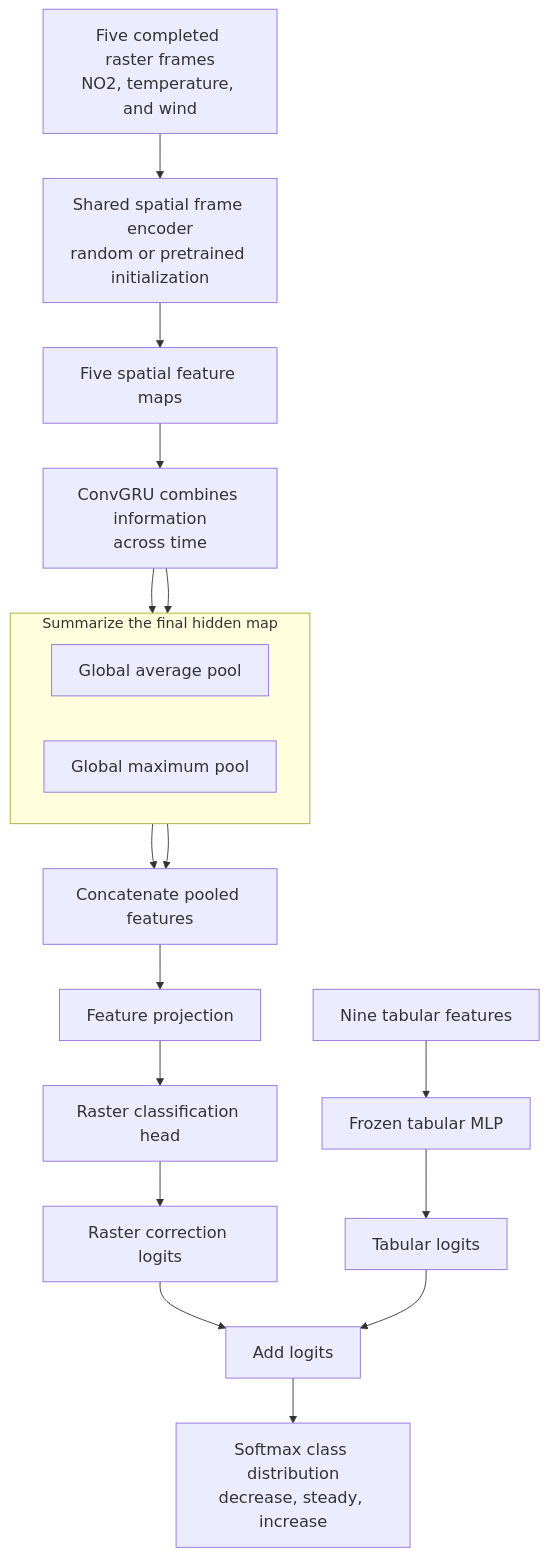
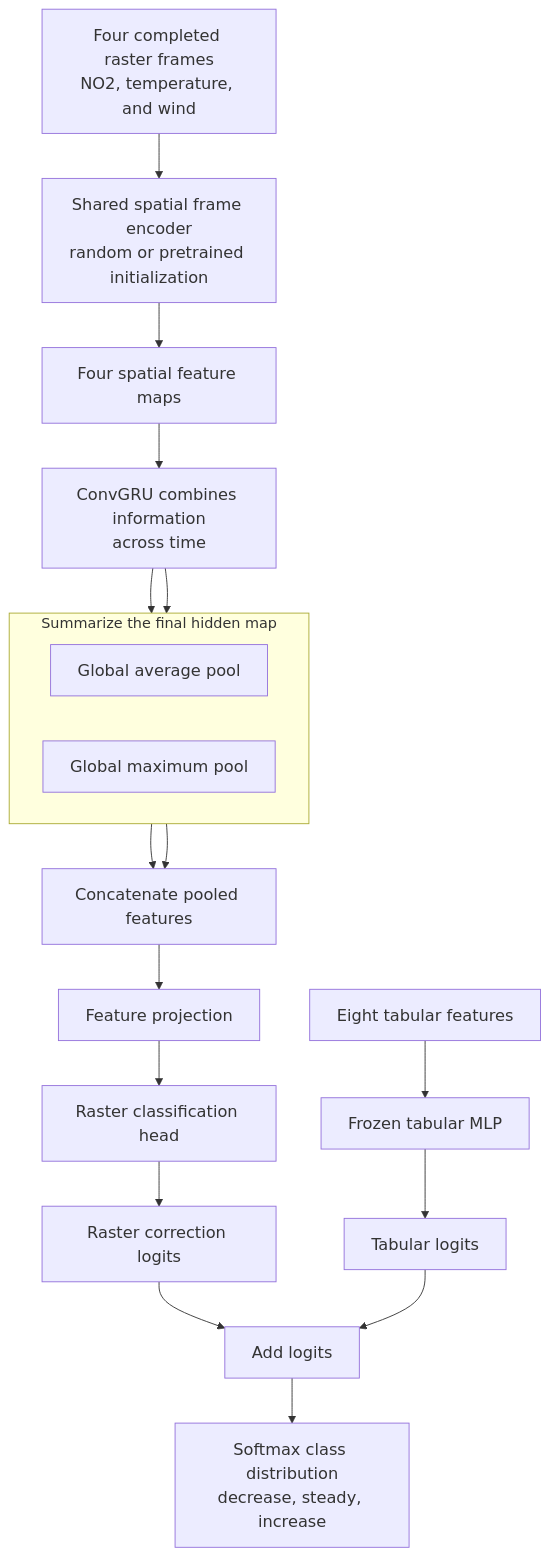
One commit to pranav-walimbe/no2-modeling changed the diagram in docs/delta-modeling/modeling.md. Above: the diagram before and after it, drawn with Mermaid. The commit also changed other lines of this file and 2 other files, not shown here.

````diff
--- a/docs/delta-modeling/modeling.md
+++ b/docs/delta-modeling/modeling.md
@@ -80,29 +79,29 @@
 ```mermaid
 flowchart TB
-    Frames[Five completed raster frames<br/>NO2, temperature, and wind]
+    Frames[Four completed raster frames<br/>NO2, temperature, and wind]
     Frames --> FrameEncoder[Shared spatial frame encoder<br/>random or pretrained initialization]
-    FrameEncoder --> Encoded[Five spatial feature maps]
+    FrameEncoder --> Encoded[Four spatial feature maps]
     Encoded --> GRU[ConvGRU combines information<br/>across time]
 
     subgraph Pooling[Summarize the final hidden map]
         direction LR
         Average[Global average pool]
         Maximum[Global maximum pool]
     end
 
     GRU --> Average
     GRU --> Maximum
     Average --> PoolJoin[Concatenate pooled features]
     Maximum --> PoolJoin
     PoolJoin --> Projection[Feature projection]
     Projection --> RasterHead[Raster classification head]
     RasterHead --> RasterLogits[Raster correction logits]
-    Features[Nine tabular features] --> FrozenMLP[Frozen tabular MLP]
+    Features[Eight tabular features] --> FrozenMLP[Frozen tabular MLP]
     FrozenMLP --> TabularLogits[Tabular logits]
     RasterLogits --> Add[Add logits]
     TabularLogits --> Add
     Add --> Distribution[Softmax class distribution<br/>decrease, steady, increase]
 
     classDef stage font-size:18px
     class Frames,FrameEncoder,Encoded,GRU,Average,Maximum,PoolJoin,Projection,RasterHead,RasterLogits,Features,FrozenMLP,TabularLogits,Add,Distribution stage
 ```
````
